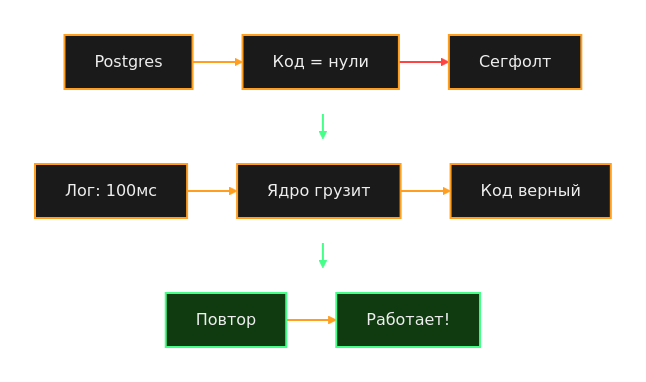
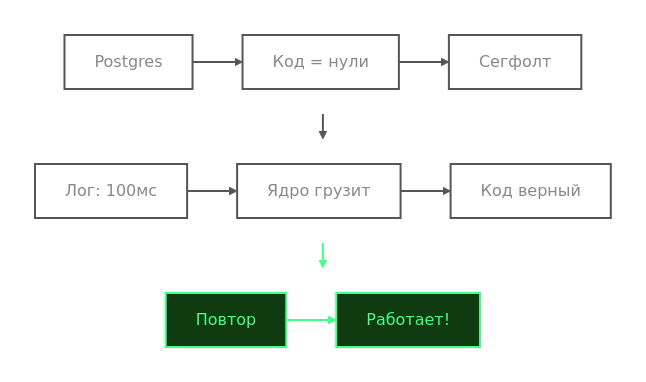
The diagram in docs/diagrams/resurrection-4.mmd (polarnik/postgresql-system-issue-story), drawn with Mermaid before and after one commit. The commit also changed 36 other files, not shown here.

```diff
--- a/docs/diagrams/resurrection-4.mmd
+++ b/docs/diagrams/resurrection-4.mmd
@@ -1,47 +1,47 @@
 %%{init: {'theme': 'base', 'themeVariables': { 'darkMode': true, 'background': '#000000', 'primaryColor': '#ff9e1f', 'primaryTextColor': '#fff', 'primaryBorderColor': '#cc7e19', 'secondaryColor': '#111111', 'secondaryTextColor': '#fff', 'tertiaryColor': '#111111', 'lineColor': '#ff9e1f', 'textColor': '#fff', 'mainBkg': '#111111', 'fontFamily': 'verdana'}, 'flowchart': { 'nodeSpacing': 30, 'rankSpacing': 25 }}}%%
 
 flowchart TB
-    classDef done fill:#1a1a1a,stroke:#ff9e1f,color:#eee,stroke-width:2px
-    classDef active fill:#ff9e1f,stroke:#cc7e19,color:#000,stroke-width:2px
-    classDef pending fill:#111111,stroke:#333,color:#555,stroke-width:2px
-    classDef error fill:#3a1010,stroke:#ff4444,color:#eee,stroke-width:2px
-    classDef success fill:#103a10,stroke:#44ff88,color:#eee,stroke-width:2px
+    classDef done fill:transparent,stroke:#555,color:#888,stroke-width:2px
+    classDef active fill:#2a1500,stroke:#ff9e1f,color:#ff9e1f,stroke-width:2px
+    classDef pending fill:#111,stroke:#333,color:#444,stroke-width:2px
+    classDef error fill:#3a1010,stroke:#ff4444,color:#ff4444,stroke-width:2px
+    classDef success fill:#103a10,stroke:#44ff88,color:#44ff88,stroke-width:2px
 
     subgraph S1 [" "]
         direction LR
         A["Postgres"] --> B["Код = нули"] --> C["Сегфолт"]
     end
 
     subgraph S2 [" "]
         direction LR
         D["Лог: 100мс"] --> E["Ядро грузит"] --> F["Код верный"]
     end
 
     subgraph S3 [" "]
         direction LR
         G["Повтор"] --> H["Работает!"]
     end
 
     S1 --> S2
     S2 --> S3
 
     style S1 fill:transparent,stroke:transparent
     style S2 fill:transparent,stroke:transparent
     style S3 fill:transparent,stroke:transparent
 
     A:::done
     B:::done
     C:::done
     D:::done
     E:::done
     F:::done
     G:::success
     H:::success
 
-    linkStyle 0 stroke:#ff9e1f,stroke-width:2px
-    linkStyle 1 stroke:#ff4444,stroke-width:2px
-    linkStyle 2 stroke:#ff9e1f,stroke-width:2px
-    linkStyle 3 stroke:#ff9e1f,stroke-width:2px
-    linkStyle 4 stroke:#ff9e1f,stroke-width:2px
-    linkStyle 5 stroke:#44ff88,stroke-width:2px
+    linkStyle 0 stroke:#555,stroke-width:2px
+    linkStyle 1 stroke:#555,stroke-width:2px
+    linkStyle 2 stroke:#555,stroke-width:2px
+    linkStyle 3 stroke:#555,stroke-width:2px
+    linkStyle 4 stroke:#44ff88,stroke-width:2px
+    linkStyle 5 stroke:#555,stroke-width:2px
     linkStyle 6 stroke:#44ff88,stroke-width:2px
```
